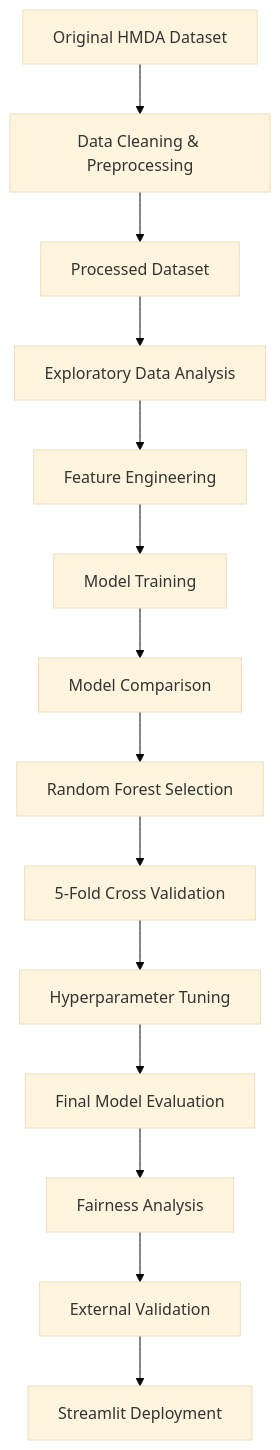
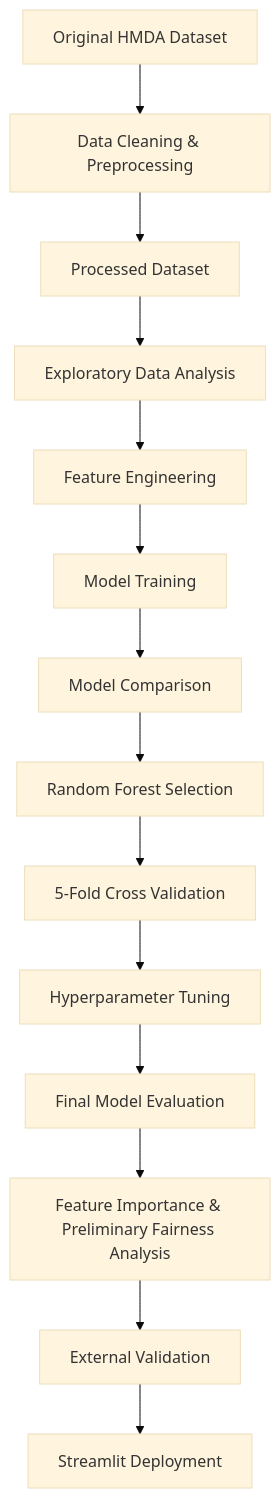
Before and after one commit to samaandrea10/Mortgage-Approval-Prediction: the diagram in README.md, drawn with Mermaid (base theme). The commit also changed other lines of this file, not shown here.

````diff
--- a/README.md
+++ b/README.md
@@ -69,17 +73,17 @@
 ```mermaid
 flowchart TD
     A[Original HMDA Dataset]
     A --> B[Data Cleaning & Preprocessing]
     B --> C[Processed Dataset]
     C --> D[Exploratory Data Analysis]
     D --> E[Feature Engineering]
     E --> F[Model Training]
     F --> G[Model Comparison]
     G --> H[Random Forest Selection]
     H --> I[5-Fold Cross Validation]
     I --> J[Hyperparameter Tuning]
     J --> K[Final Model Evaluation]
-    K --> L[Fairness Analysis]
+    K --> L[Feature Importance & Preliminary Fairness Analysis]
     L --> M[External Validation]
     M --> N[Streamlit Deployment]
 ```
````
